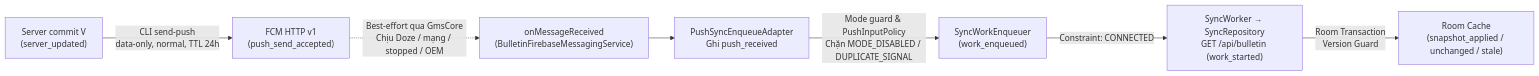
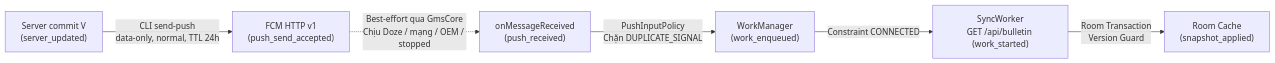
One commit to ThanhTris/Seminar-IE307 changed the diagram in slides/inputs/TRANG.md. Above: the diagram before and after it, drawn with Mermaid. The commit also changed other lines of this file and 2 other files, not shown here.

````diff
--- a/slides/inputs/TRANG.md
+++ b/slides/inputs/TRANG.md
@@ -51,9 +30,8 @@
 ```mermaid
 flowchart LR
-    SRV["Server commit V<br/>(server_updated)"] -->|CLI send-push<br/>data-only, normal, TTL 24h| FCM["FCM HTTP v1<br/>(push_send_accepted)"]
-    FCM -.->|Best-effort qua GmsCore<br/>Chịu Doze / mạng / stopped / OEM| CB["onMessageReceived<br/>(BulletinFirebaseMessagingService)"]
-    CB --> ADP["PushSyncEnqueueAdapter<br/>Ghi push_received"]
-    ADP -->|Mode guard & PushInputPolicy<br/>Chặn MODE_DISABLED / DUPLICATE_SIGNAL| ENQ["SyncWorkEnqueuer<br/>(work_enqueued)"]
-    ENQ -->|Constraint: CONNECTED| WRK["SyncWorker → SyncRepository<br/>GET /api/bulletin (work_started)"]
-    WRK -->|Room Transaction<br/>Version Guard| DB["Room Cache<br/>(snapshot_applied / unchanged / stale)"]
+    S["Server commit V<br/>(server_updated)"] -->|CLI send-push<br/>data-only, normal, TTL 24h| F["FCM HTTP v1<br/>(push_send_accepted)"]
+    F -.->|Best-effort qua GmsCore<br/>Chịu Doze / mạng / OEM / stopped| C["onMessageReceived<br/>(push_received)"]
+    C -->|PushInputPolicy<br/>Chặn DUPLICATE_SIGNAL| W["WorkManager<br/>(work_enqueued)"]
+    W -->|Constraint CONNECTED| K["SyncWorker<br/>GET /api/bulletin (work_started)"]
+    K -->|Room Transaction<br/>Version Guard| R["Room Cache<br/>(snapshot_applied)"]
 ```
````
